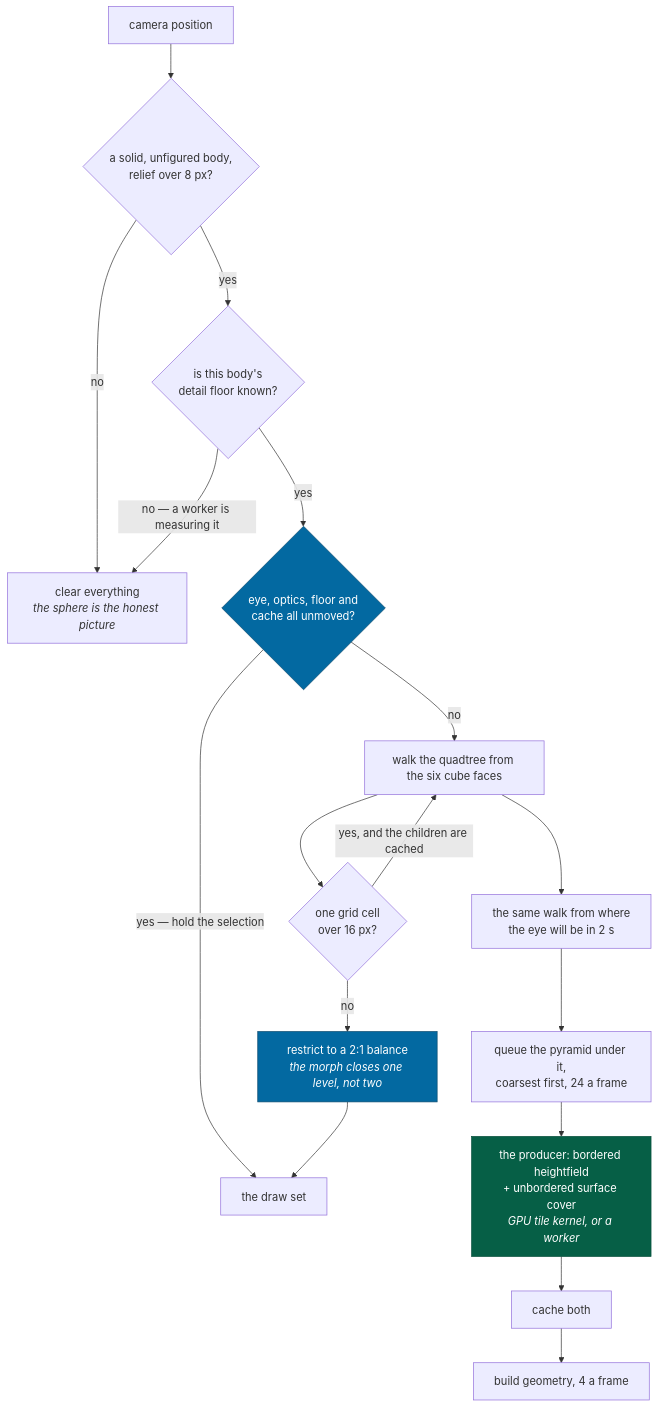
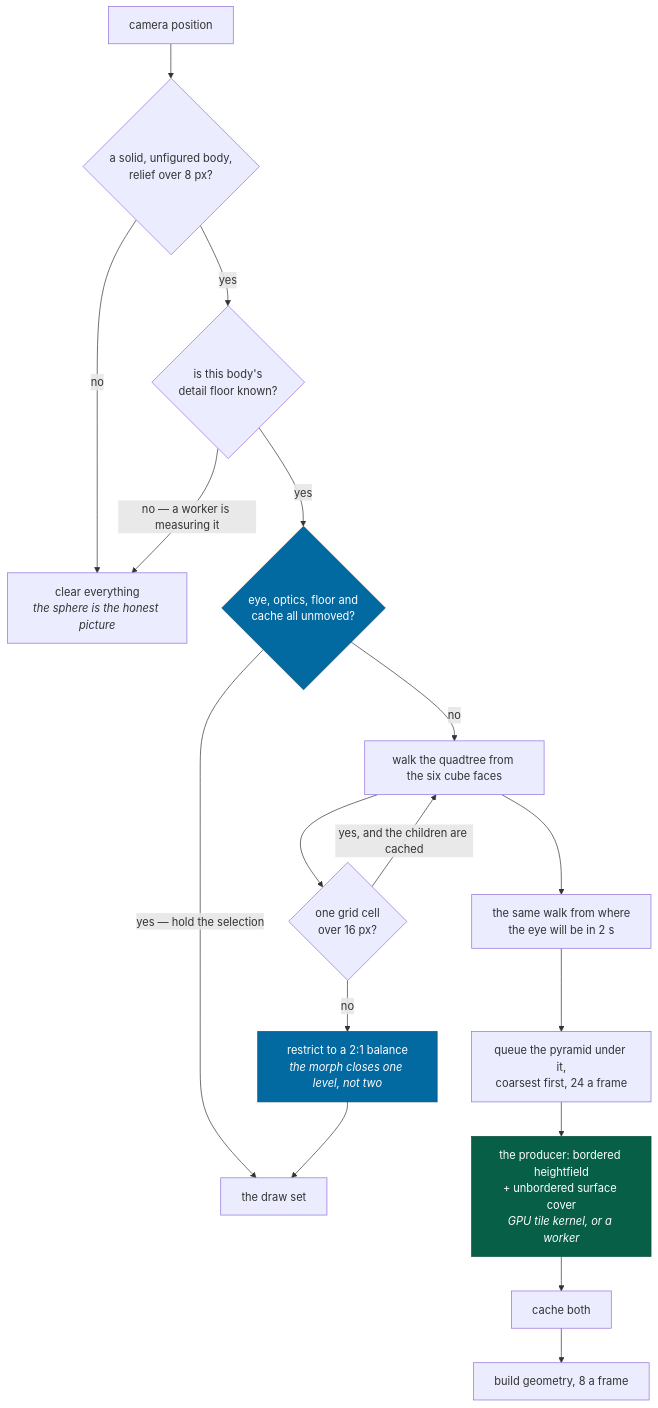
The third of 3 diagrams in docs/concepts/streaming.md (jonjaques/inertialref), drawn with Mermaid before and after one commit. The commit also changed other lines of this file and 16 other files, not shown here.

````diff
--- a/docs/concepts/streaming.md
+++ b/docs/concepts/streaming.md
@@ -83,23 +83,23 @@
 ```mermaid
 flowchart TB
     CAM["camera position"] --> BODY{"a solid, unfigured body,<br/>relief over 8 px?"}
     BODY -->|no| CLEAR["clear everything<br/><i>the sphere is the honest picture</i>"]
     BODY -->|yes| FLOOR{"is this body's<br/>detail floor known?"}
     FLOOR -->|"no — a worker is measuring it"| CLEAR
     FLOOR -->|yes| HELD{"eye, optics, floor and<br/>cache all unmoved?"}
     HELD -->|"yes — hold the selection"| DRAW
     HELD -->|no| WALK["walk the quadtree from the six cube faces"]
     WALK --> REFINE{"one grid cell<br/>over 16 px?"}
     REFINE -->|"yes, and the children are cached"| WALK
     REFINE -->|no| BALANCE["restrict to a 2:1 balance<br/><i>the morph closes one level, not two</i>"]
     BALANCE --> DRAW["the draw set"]
     WALK --> AHEAD["the same walk from where<br/>the eye will be in 2 s"]
     AHEAD --> QUEUE["queue the pyramid under it,<br/>coarsest first, 24 a frame"]
     QUEUE --> JOB["the producer: bordered heightfield<br/>+ unbordered surface cover<br/><i>GPU tile kernel, or a worker</i>"]
     JOB --> CACHE["cache both"]
-    CACHE --> MESH["build geometry, 4 a frame"]
+    CACHE --> MESH["build geometry, 8 a frame"]
 
     style JOB fill:#065f46,stroke:#064e3b,color:#fff
     style BALANCE fill:#0369a1,stroke:#0c4a6e,color:#fff
     style HELD fill:#0369a1,stroke:#0c4a6e,color:#fff
 ```
````
